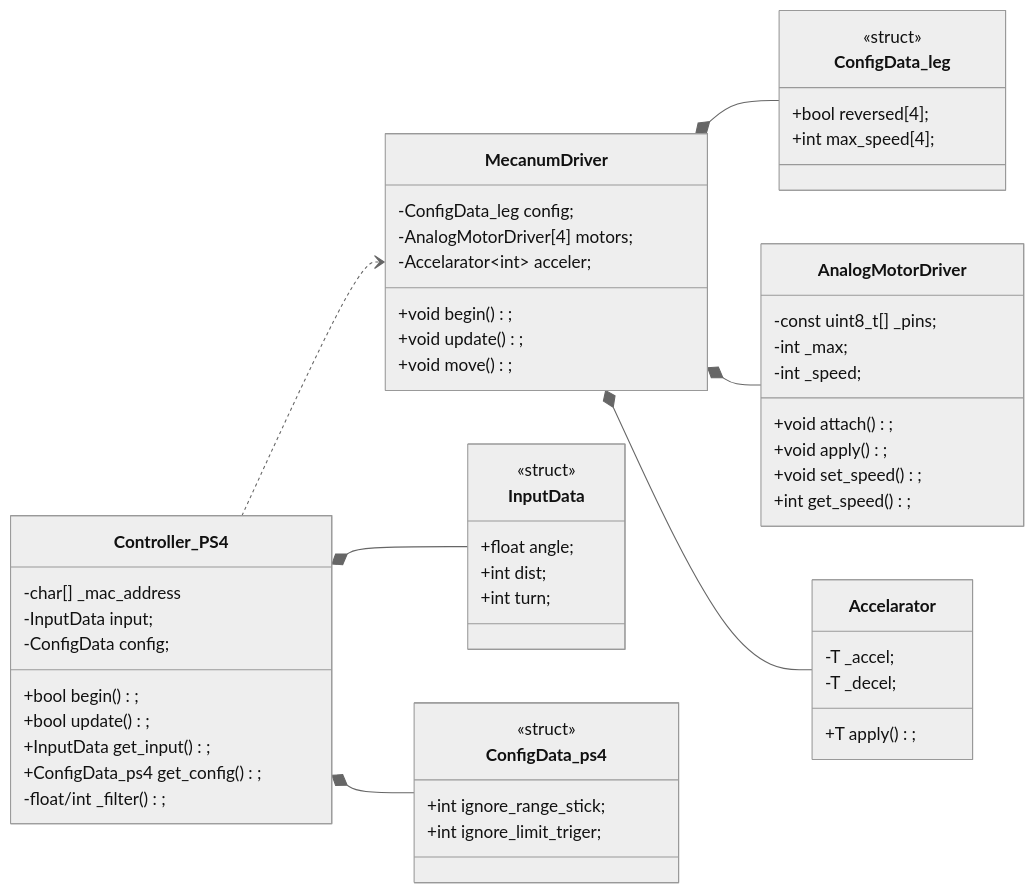
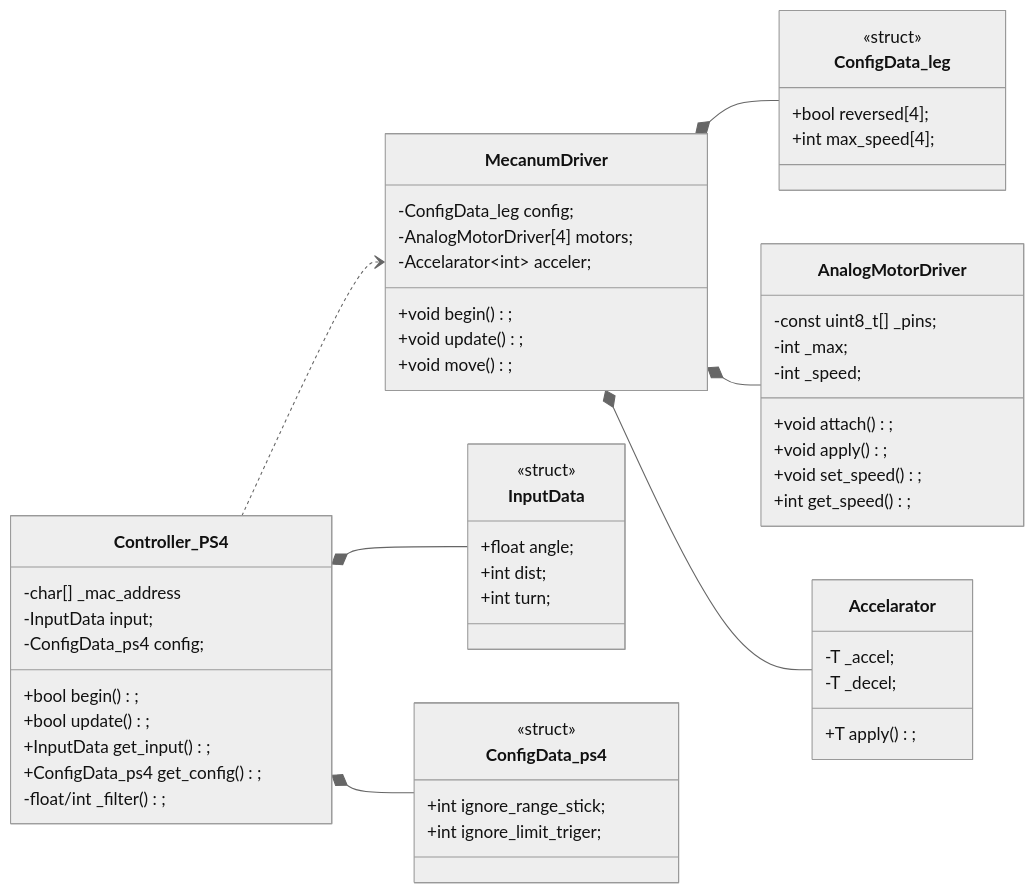
Before and after one commit to Tomoooji/Planaria_renewal: the second of 2 diagrams in README.md, drawn with Mermaid (neutral theme).

````diff
--- a/README.md
+++ b/README.md
@@ -31,60 +31,60 @@
 ```mermaid
 classDiagram
     direction LR
     Controller_PS4 ..> MecanumDriver
     Controller_PS4 *-- InputData
     Controller_PS4 *-- ConfigData_ps4
     MecanumDriver *-- ConfigData_leg
     MecanumDriver *-- AnalogMotorDriver
     MecanumDriver *-- Accelarator
 
     class Controller_PS4{
         -char[] _mac_address
         -InputData input;
-        -ConfigData config;
+        -ConfigData_ps4 config;
         +bool begin();
         +bool update();
         +InputData get_input();
         +ConfigData_ps4 get_config();
         -float/int _filter();
     }
     class InputData{
         <<struct>>
         +float angle;
         +int dist;
         +int turn;
     }
     class ConfigData_ps4{
         <<struct>>
         +int ignore_range_stick;
         +int ignore_limit_triger;
     }
     class MecanumDriver{
         -ConfigData_leg config;
         -AnalogMotorDriver[4] motors;
         -Accelarator~int~ acceler;
         +void begin();
         +void update();
         +void move();
     }
     class ConfigData_leg{
         <<struct>>
         +bool reversed[4];
         +int max_speed[4];
     }
     class AnalogMotorDriver{
         -const uint8_t[] _pins;
         -int _max;
         -int _speed;
         +void attach();
         +void apply();
         +void set_speed();
         +int get_speed();
     }
     class Accelarator~T~{
         -T _accel;
         -T _decel;
         +T apply();
     }
 
 ```
````
